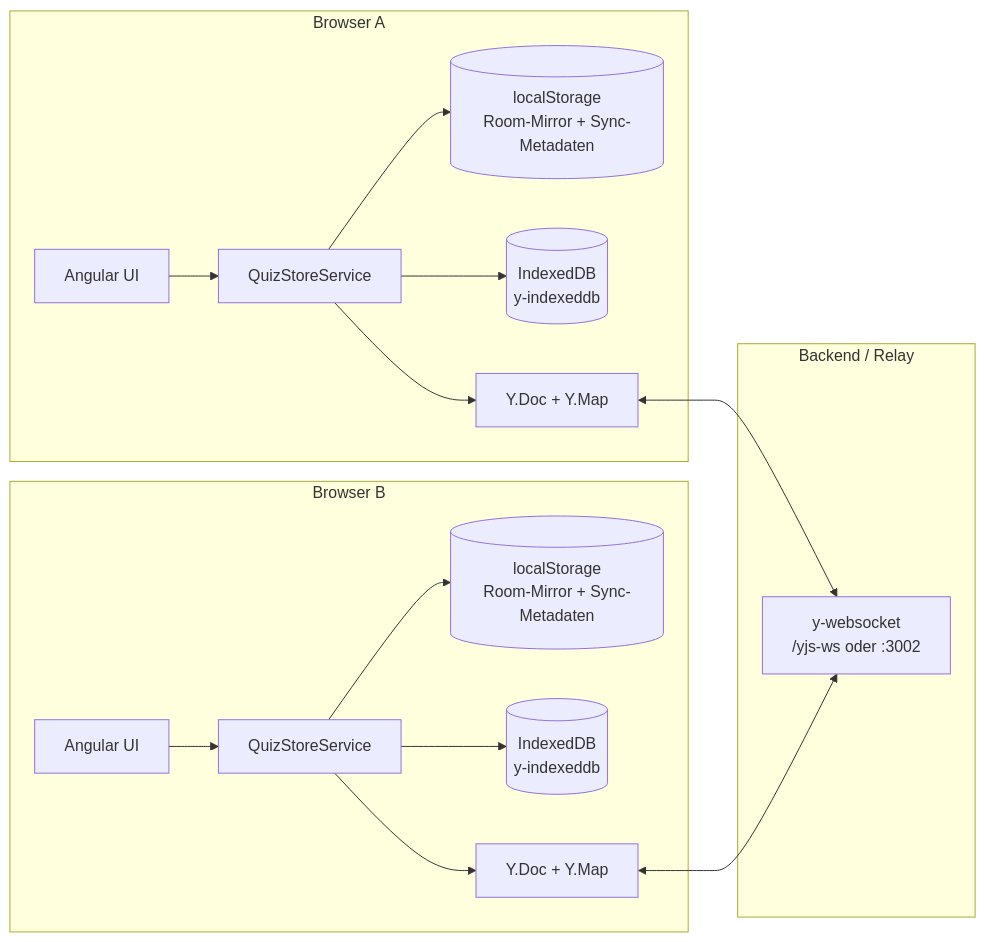
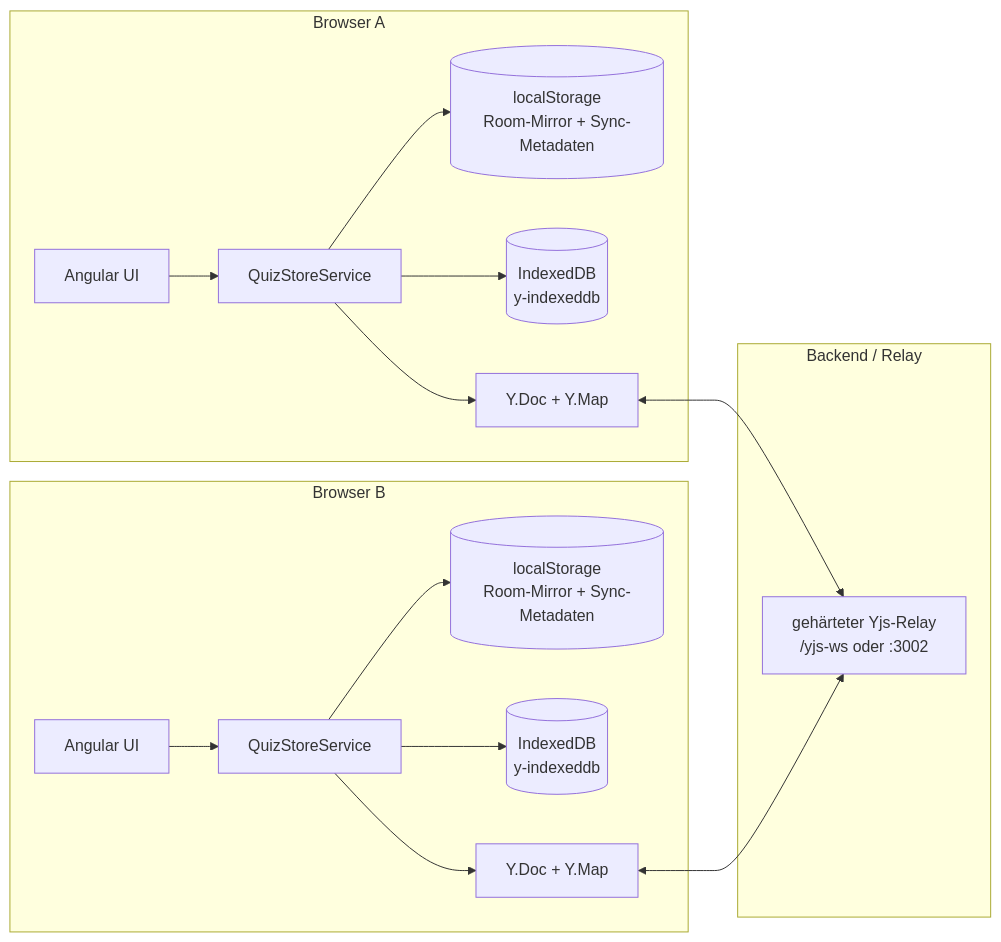
One commit to kqc-real/arsnova.eu changed the first of 5 diagrams in docs/architecture/quiz-library-sync.md. Above: the diagram before and after it, drawn with Mermaid. The commit also changed other lines of this file and 25 other files, not shown here.

First line of the commit message:
fix(security): Yjs-Relay gegen Ressourcenmissbrauch härten (#137)

````diff
--- a/docs/architecture/quiz-library-sync.md
+++ b/docs/architecture/quiz-library-sync.md
@@ -48,35 +53,35 @@
 ```mermaid
 flowchart LR
     subgraph BrowserA["Browser A"]
         UIA[Angular UI]
         STOREA[QuizStoreService]
         META_A[(localStorage<br/>Room-Mirror + Sync-Metadaten)]
         IDB_A[(IndexedDB<br/>y-indexeddb)]
         YDOC_A[Y.Doc + Y.Map]
     end
 
     subgraph BrowserB["Browser B"]
         UIB[Angular UI]
         STOREB[QuizStoreService]
         META_B[(localStorage<br/>Room-Mirror + Sync-Metadaten)]
         IDB_B[(IndexedDB<br/>y-indexeddb)]
         YDOC_B[Y.Doc + Y.Map]
     end
 
     subgraph Relay["Backend / Relay"]
-        YWS[y-websocket<br/>/yjs-ws oder :3002]
+        YWS[gehärteter Yjs-Relay<br/>/yjs-ws oder :3002]
     end
 
     UIA --> STOREA
     STOREA --> META_A
     STOREA --> IDB_A
     STOREA --> YDOC_A
 
     UIB --> STOREB
     STOREB --> META_B
     STOREB --> IDB_B
     STOREB --> YDOC_B
 
     YDOC_A <--> YWS
     YDOC_B <--> YWS
 ```
````
